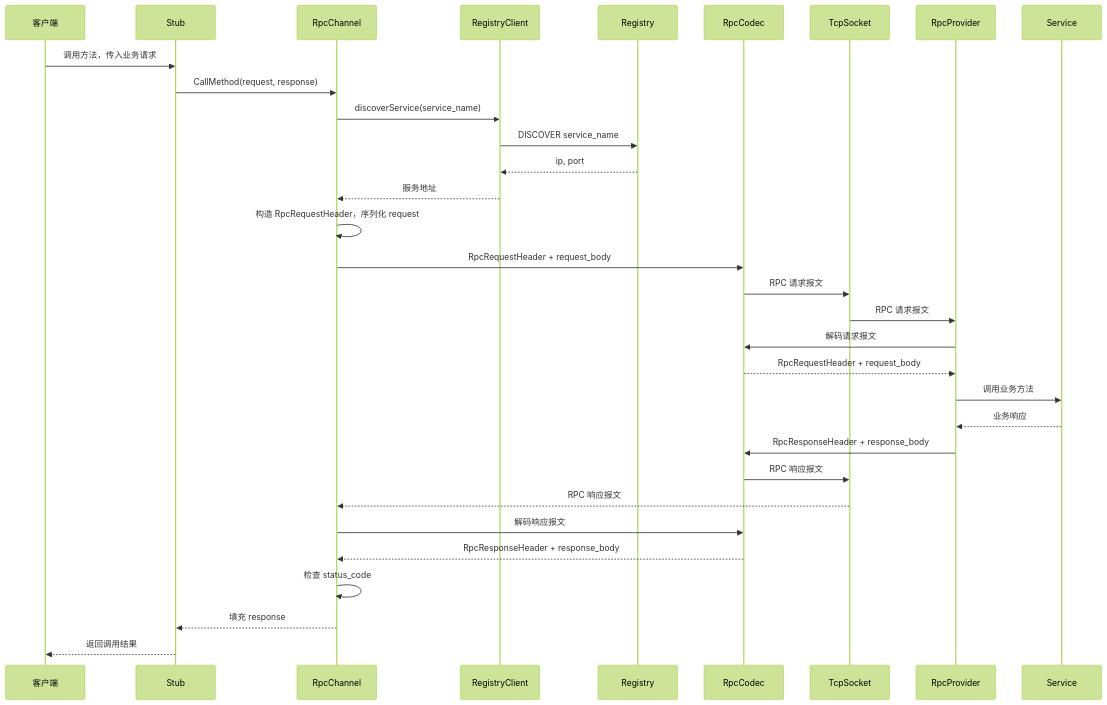
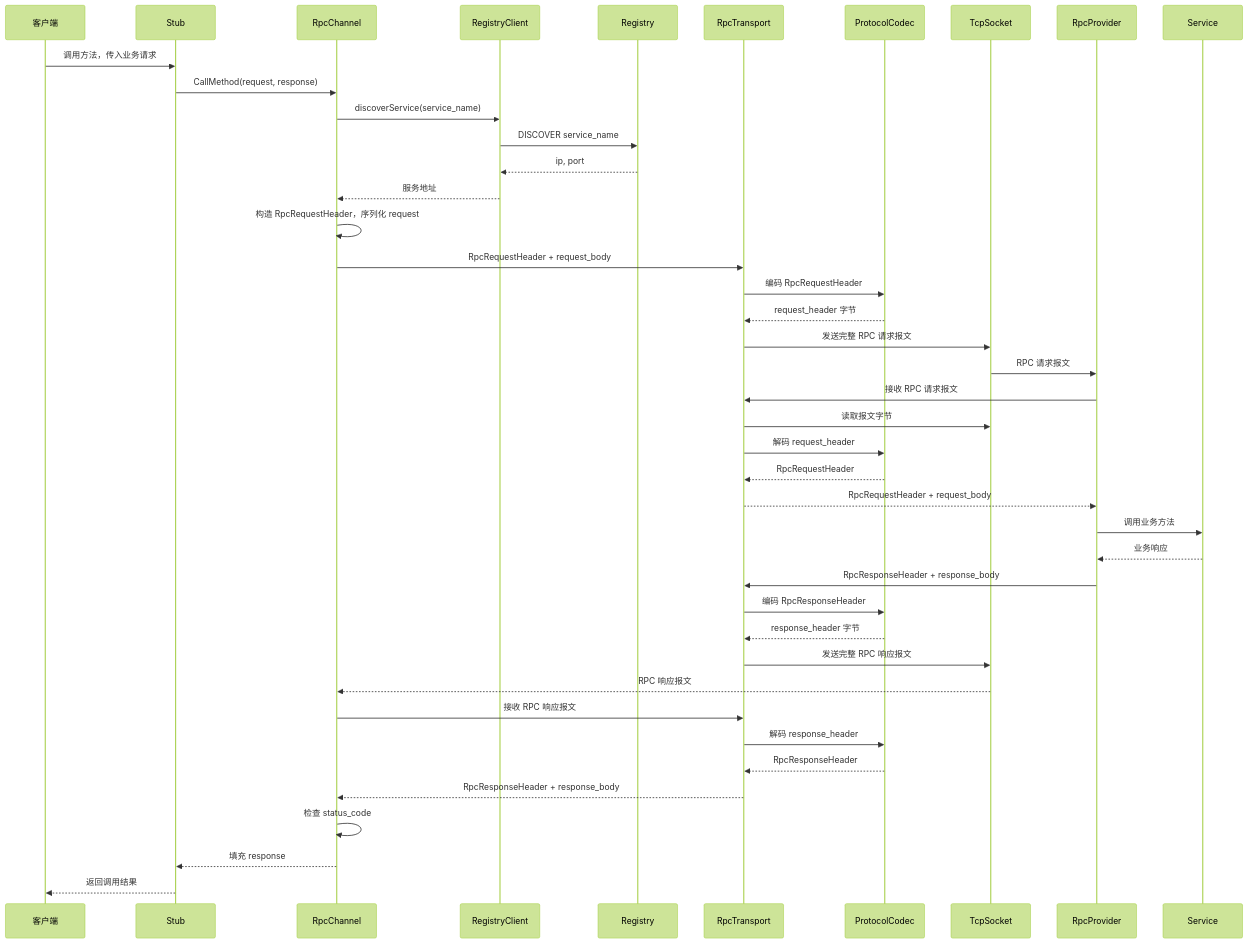
One commit to lvpiguai/tinyrpc changed the second of 2 diagrams in README.md. Above: the diagram before and after it, drawn with Mermaid (forest theme). The commit also changed other lines of this file, not shown here.

Commit message:
docs: 更新 RPC 分层职责说明

````diff
--- a/README.md
+++ b/README.md
@@ -128,38 +130,48 @@
 ```mermaid
 sequenceDiagram
     participant Client as 客户端
     participant Stub
     participant Channel as RpcChannel
     participant RegistryClient
     participant Registry
-    participant Codec as RpcCodec
+    participant Transport as RpcTransport
+    participant Codec as ProtocolCodec
     participant Socket as TcpSocket
     participant Provider as RpcProvider
     participant Service as Service
 
     Client->>Stub: 调用方法，传入业务请求
     Stub->>Channel: CallMethod(request, response)
     Channel->>RegistryClient: discoverService(service_name)
     RegistryClient->>Registry: DISCOVER service_name
     Registry-->>RegistryClient: ip, port
     RegistryClient-->>Channel: 服务地址
 
     Channel->>Channel: 构造 RpcRequestHeader，序列化 request
-    Channel->>Codec: RpcRequestHeader + request_body
-    Codec->>Socket: RPC 请求报文
+    Channel->>Transport: RpcRequestHeader + request_body
+    Transport->>Codec: 编码 RpcRequestHeader
+    Codec-->>Transport: request_header 字节
+    Transport->>Socket: 发送完整 RPC 请求报文
     Socket->>Provider: RPC 请求报文
 
-    Provider->>Codec: 解码请求报文
-    Codec-->>Provider: RpcRequestHeader + request_body
+    Provider->>Transport: 接收 RPC 请求报文
+    Transport->>Socket: 读取报文字节
+    Transport->>Codec: 解码 request_header
+    Codec-->>Transport: RpcRequestHeader
+    Transport-->>Provider: RpcRequestHeader + request_body
     Provider->>Service: 调用业务方法
     Service-->>Provider: 业务响应
 
-    Provider->>Codec: RpcResponseHeader + response_body
-    Codec->>Socket: RPC 响应报文
+    Provider->>Transport: RpcResponseHeader + response_body
+    Transport->>Codec: 编码 RpcResponseHeader
+    Codec-->>Transport: response_header 字节
+    Transport->>Socket: 发送完整 RPC 响应报文
     Socket-->>Channel: RPC 响应报文
-    Channel->>Codec: 解码响应报文
-    Codec-->>Channel: RpcResponseHeader + response_body
+    Channel->>Transport: 接收 RPC 响应报文
+    Transport->>Codec: 解码 response_header
+    Codec-->>Transport: RpcResponseHeader
+    Transport-->>Channel: RpcResponseHeader + response_body
     Channel->>Channel: 检查 status_code
     Channel-->>Stub: 填充 response
     Stub-->>Client: 返回调用结果
 ```
````
